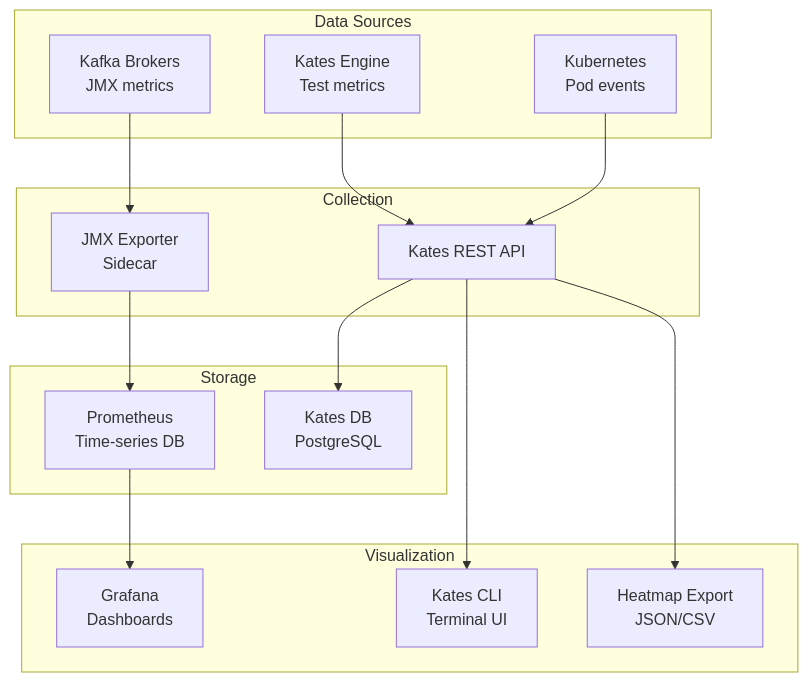
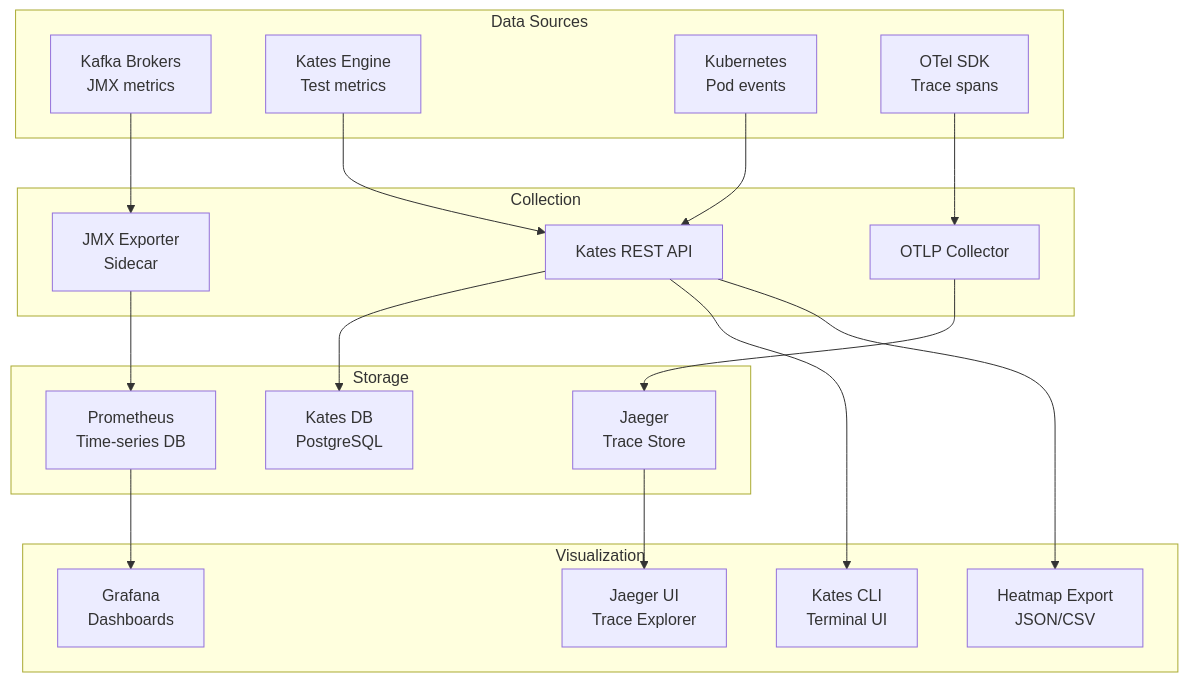
Before and after one commit to actions-marketplace-validations/bmscomp_kates: the first of 2 diagrams in docs/book/09-observability.md, drawn with Mermaid. The commit also changed other lines of this file and 14 other files, not shown here.

````diff
--- a/docs/book/09-observability.md
+++ b/docs/book/09-observability.md
@@ -7,30 +7,35 @@
 ```mermaid
 graph TB
     subgraph Sources["Data Sources"]
         KB[Kafka Brokers<br/>JMX metrics]
         KE[Kates Engine<br/>Test metrics]
         K8S[Kubernetes<br/>Pod events]
+        OTEL[OTel SDK<br/>Trace spans]
     end
     
     subgraph Collection["Collection"]
         JMX[JMX Exporter<br/>Sidecar]
         API[Kates REST API]
+        OTLP[OTLP Collector]
     end
     
     subgraph Storage["Storage"]
         PROM[Prometheus<br/>Time-series DB]
         DB[Kates DB<br/>PostgreSQL]
+        JAEGER[Jaeger<br/>Trace Store]
     end
     
     subgraph Visualization["Visualization"]
         GRAF[Grafana<br/>Dashboards]
         CLI[Kates CLI<br/>Terminal UI]
         HM[Heatmap Export<br/>JSON/CSV]
+        JUI[Jaeger UI<br/>Trace Explorer]
     end
     
     KB --> JMX --> PROM --> GRAF
     KE --> API --> DB
     API --> CLI
     API --> HM
     K8S --> API
+    OTEL --> OTLP --> JAEGER --> JUI
 ```
````
